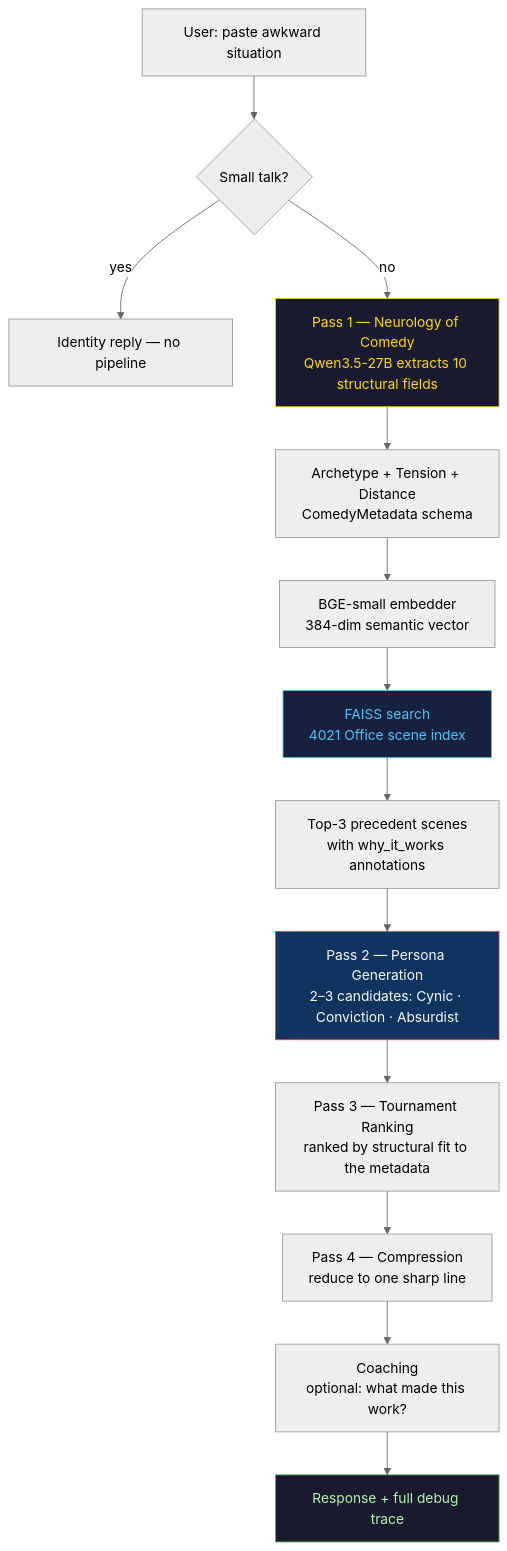
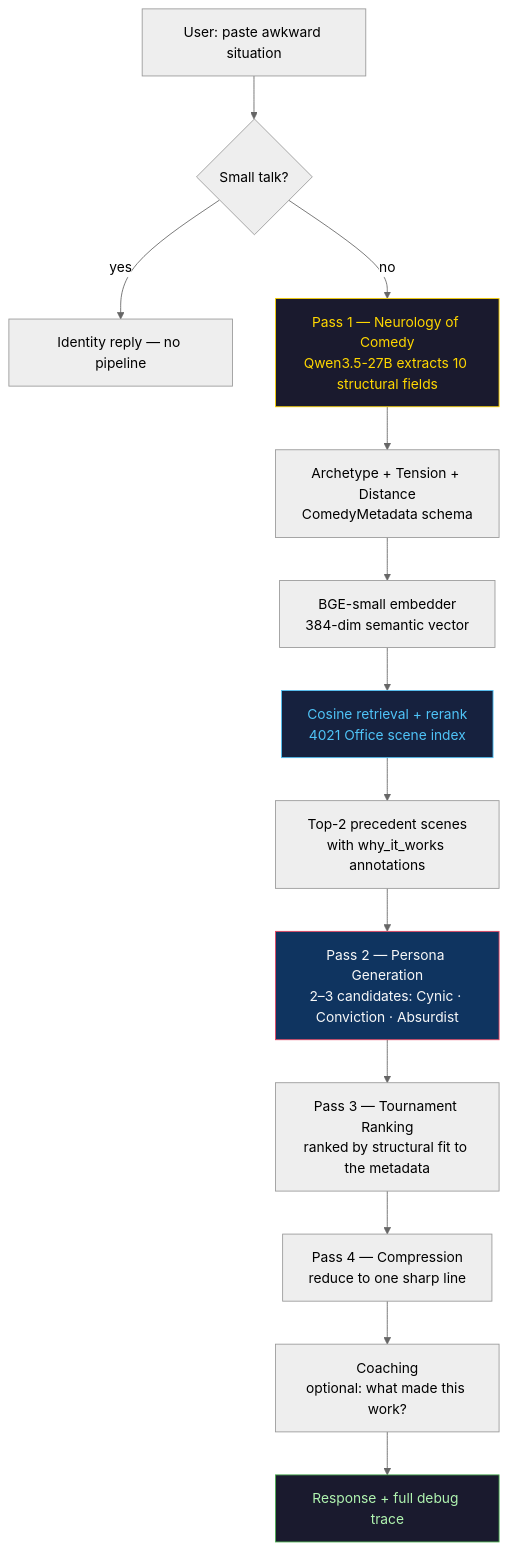
The first of 3 diagrams in README.md (akshay-babbar/witgym), drawn with Mermaid (neutral theme) before and after one commit. The commit also changed other lines of this file, not shown here.

Commit message:
Document cosine retrieval and reranking flow

````diff
--- a/README.md
+++ b/README.md
@@ -52,22 +58,22 @@
 ```mermaid
 flowchart TD
     A[User: paste awkward situation] --> B{Small talk?}
     B -- yes --> C[Identity reply — no pipeline]
     B -- no --> D
 
     D[Pass 1 — Neurology of Comedy\nQwen3.5-27B extracts 10 structural fields]
     D --> E[Archetype + Tension + Distance\nComedyMetadata schema]
     E --> F[BGE-small embedder\n384-dim semantic vector]
-    F --> G[FAISS search\n4021 Office scene index]
-    G --> H[Top-3 precedent scenes\nwith why_it_works annotations]
+    F --> G[Cosine retrieval + rerank\n4021 Office scene index]
+    G --> H[Top-2 precedent scenes\nwith why_it_works annotations]
     H --> I[Pass 2 — Persona Generation\n2–3 candidates: Cynic · Conviction · Absurdist]
     I --> J[Pass 3 — Tournament Ranking\nranked by structural fit to the metadata]
     J --> K[Pass 4 — Compression\nreduce to one sharp line]
     K --> L[Coaching\noptional: what made this work?]
     L --> M[Response + full debug trace]
 
     style D fill:#1a1a2e,color:#ffd700,stroke:#ffd700
     style G fill:#16213e,color:#4fc3f7,stroke:#4fc3f7
     style I fill:#0f3460,color:#f8f8f8,stroke:#e94560
     style M fill:#1a1a2e,color:#b0f4b0,stroke:#4caf50
 ```
````
